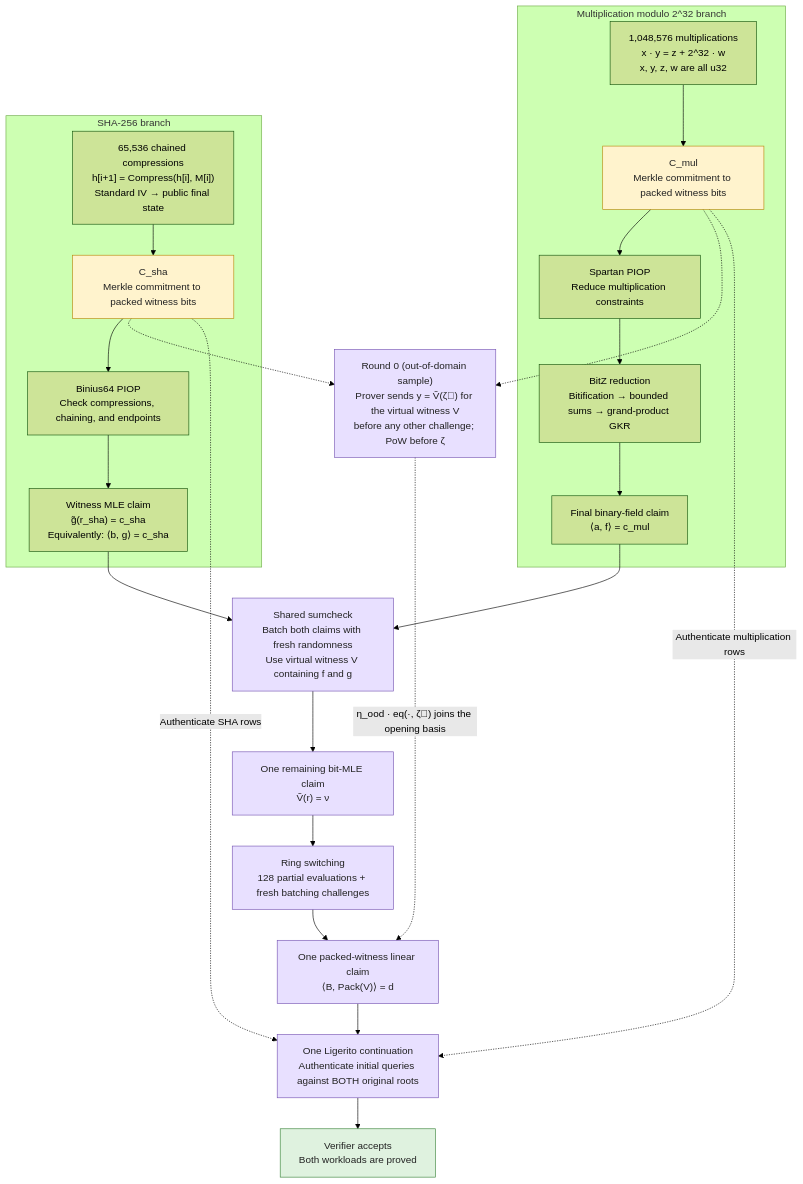
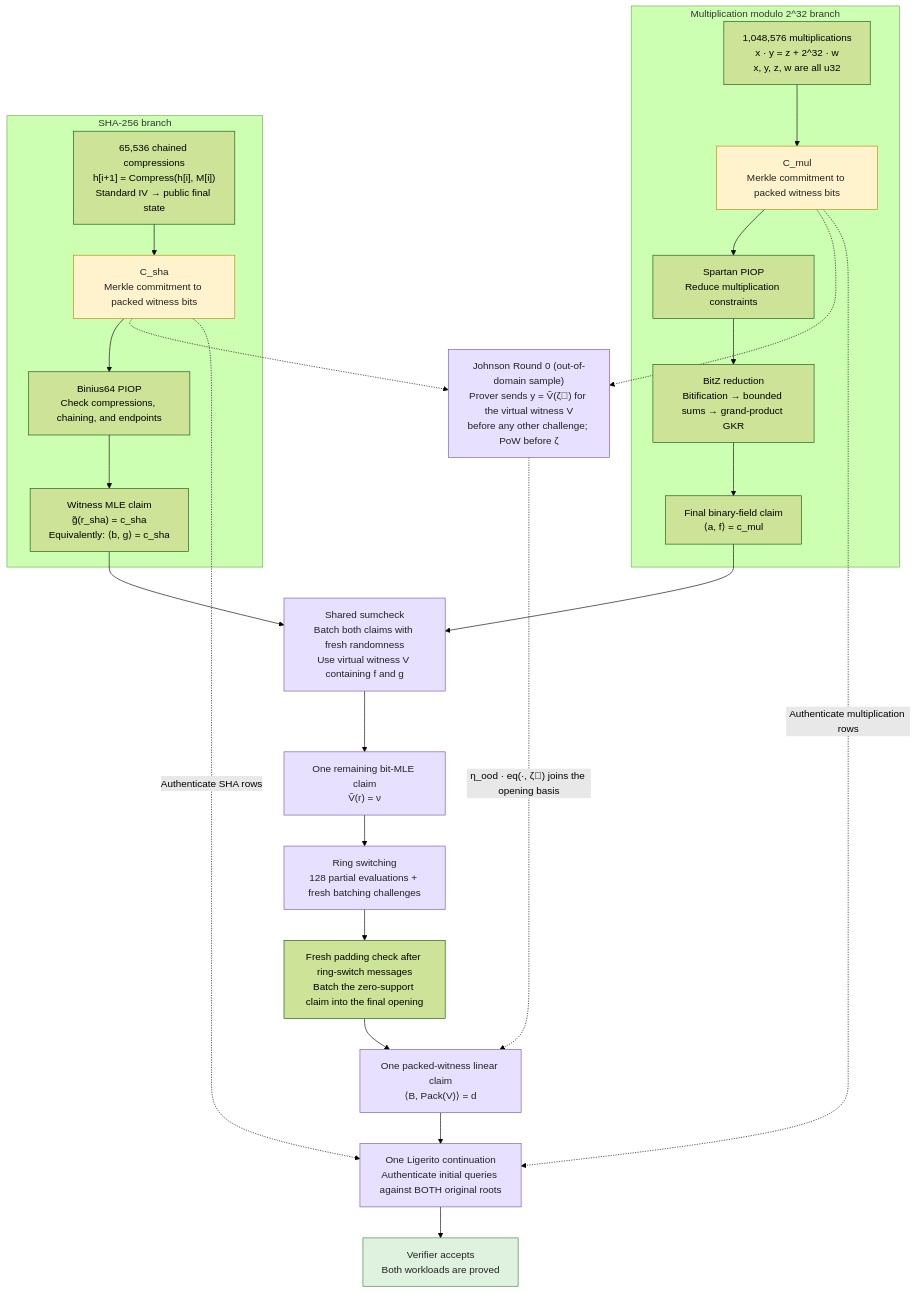
Before and after one commit to albert-garreta/BitZ-PoC: the diagram in docs/hybrid-u32-sha256-protocol.md, drawn with Mermaid (forest theme). The commit also changed other lines of this file and 67 other files, not shown here.

````diff
--- a/docs/hybrid-u32-sha256-protocol.md
+++ b/docs/hybrid-u32-sha256-protocol.md
@@ -5,48 +5,49 @@
 ```mermaid
 flowchart TD
     subgraph MUL["Multiplication modulo 2^32 branch"]
         M["1,048,576 multiplications<br/>x · y = z + 2^32 · w<br/>x, y, z, w are all u32"]
         CM["C_mul<br/>Merkle commitment to packed witness bits"]
         SP["Spartan PIOP<br/>Reduce multiplication constraints"]
         BZ["BitZ reduction<br/>Bitification → bounded sums → grand-product GKR"]
         MC["Final binary-field claim<br/>⟨a, f⟩ = c_mul"]
 
         M --> CM --> SP --> BZ --> MC
     end
 
     subgraph SHA["SHA-256 branch"]
         H["65,536 chained compressions<br/>h[i+1] = Compress(h[i], M[i])<br/>Standard IV → public final state"]
         CH["C_sha<br/>Merkle commitment to packed witness bits"]
         BP["Binius64 PIOP<br/>Check compressions, chaining, and endpoints"]
         HC["Witness MLE claim<br/>g̃(r_sha) = c_sha<br/>Equivalently: ⟨b, g⟩ = c_sha"]
 
         H --> CH --> BP --> HC
     end
 
     MC --> SC
     HC --> SC
 
-    R0["Round 0 (out-of-domain sample)<br/>Prover sends y = Ṽ(ζ⃗) for the virtual witness V<br/>before any other challenge; PoW before ζ"]
+    R0["Johnson Round 0 (out-of-domain sample)<br/>Prover sends y = Ṽ(ζ⃗) for the virtual witness V<br/>before any other challenge; PoW before ζ"]
     CM -.-> R0
     CH -.-> R0
     R0 -.->|"η_ood · eq(·, ζ⃗) joins the opening basis"| PC
 
     SC["Shared sumcheck<br/>Batch both claims with fresh randomness<br/>Use virtual witness V containing f and g"]
     EV["One remaining bit-MLE claim<br/>Ṽ(r) = ν"]
     RS["Ring switching<br/>128 partial evaluations + fresh batching challenges"]
     PC["One packed-witness linear claim<br/>⟨B, Pack(V)⟩ = d"]
     LIG["One Ligerito continuation<br/>Authenticate initial queries against BOTH original roots"]
     OK["Verifier accepts<br/>Both workloads are proved"]
 
-    SC --> EV --> RS --> PC --> LIG --> OK
+    PAD["Fresh padding check after ring-switch messages<br/>Batch the zero-support claim into the final opening"]
+    SC --> EV --> RS --> PAD --> PC --> LIG --> OK
     CM -.->|"Authenticate multiplication rows"| LIG
     CH -.->|"Authenticate SHA rows"| LIG
 
     classDef commitment fill:#fff3cd,stroke:#b8860b,color:#222;
     classDef shared fill:#e8e0ff,stroke:#7654b3,color:#222;
     classDef accepted fill:#dff2df,stroke:#398439,color:#222;
 
     class CM,CH commitment;
     class R0,SC,EV,RS,PC,LIG shared;
     class OK accepted;
 ```
````
